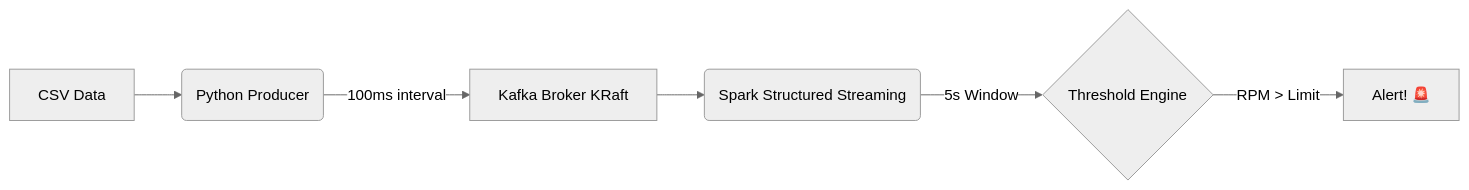
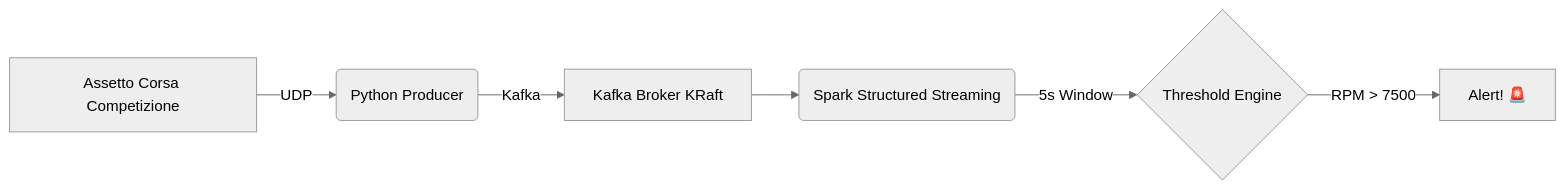
One commit to atikakernel/telemetry-realtime-alerting changed the diagram in README.md. Above: the diagram before and after it, drawn with Mermaid (neutral theme). The commit also changed other lines of this file and 3 other files, not shown here.

````diff
--- a/README.md
+++ b/README.md
@@ -9,8 +9,8 @@
 ```mermaid
 graph LR
-    A[CSV Data] --> B(Python Producer)
-    B -->|100ms interval| C[Kafka Broker KRaft]
+    A[Assetto Corsa Competizione] -->|UDP| B(Python Producer)
+    B -->|Kafka| C[Kafka Broker KRaft]
     C --> D(Spark Structured Streaming)
     D -->|5s Window| E{Threshold Engine}
-    E -->|RPM > Limit| F[Alert! 🚨]
+    E -->|RPM > 7500| F[Alert! 🚨]
 ```
````
